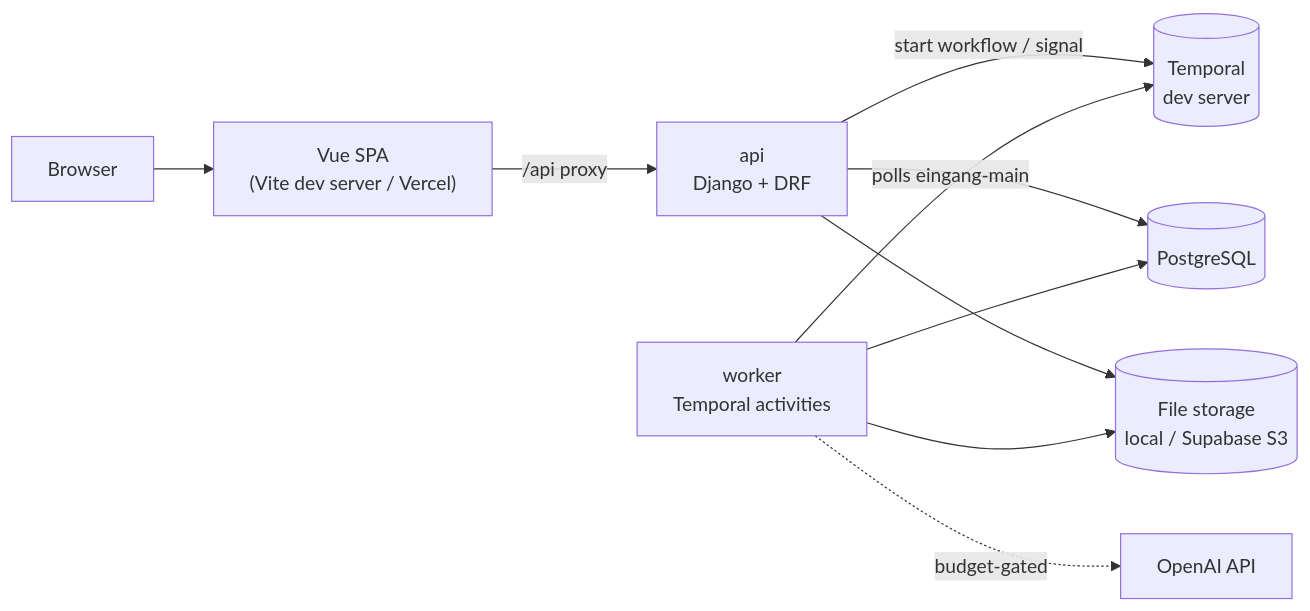
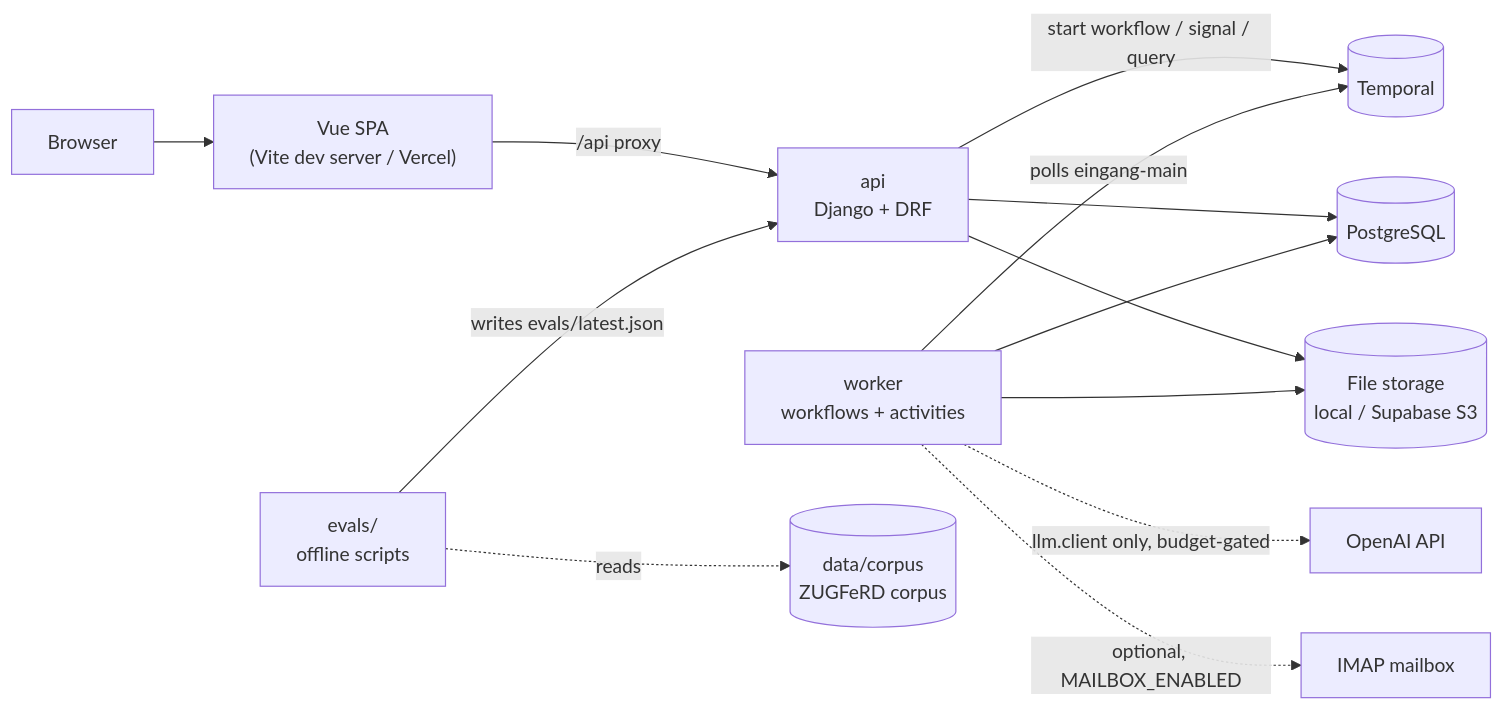
The first of 9 diagrams in docs/ARCHITECTURE.md (alihdrndm/vue-auth-project), drawn with Mermaid before and after one commit. The commit also changed other lines of this file, not shown here.

Commit message:
docs: map components, flows, workflows and rules to the code

````diff
--- a/docs/ARCHITECTURE.md
+++ b/docs/ARCHITECTURE.md
@@ -7,12 +7,15 @@
 ```mermaid
 flowchart LR
     browser[Browser] --> web["Vue SPA<br/>(Vite dev server / Vercel)"]
     web -- "/api proxy" --> api["api<br/>Django + DRF"]
-    api -- "start workflow / signal" --> temporal[(Temporal<br/>dev server)]
-    worker["worker<br/>Temporal activities"] -- "polls eingang-main" --> temporal
+    api -- "start workflow / signal / query" --> temporal[(Temporal)]
+    worker["worker<br/>workflows + activities"] -- "polls eingang-main" --> temporal
     api --> db[(PostgreSQL)]
     worker --> db
     api --> files[(File storage<br/>local / Supabase S3)]
     worker --> files
-    worker -. "budget-gated" .-> openai[OpenAI API]
+    worker -. "llm.client only, budget-gated" .-> openai[OpenAI API]
+    worker -. "optional, MAILBOX_ENABLED" .-> imap[IMAP mailbox]
+    evals["evals/<br/>offline scripts"] -. "reads" .-> corpus[(data/corpus<br/>ZUGFeRD corpus)]
+    evals -- "writes evals/latest.json" --> api
 ```
````
